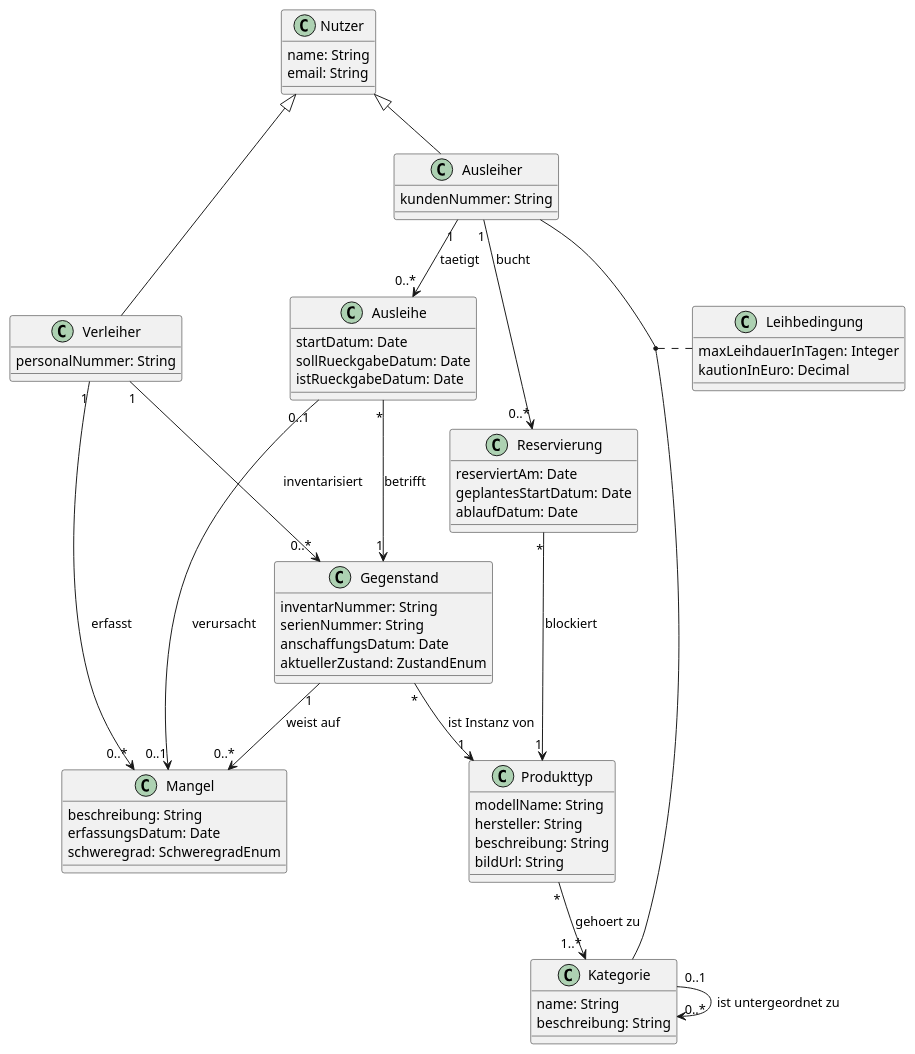
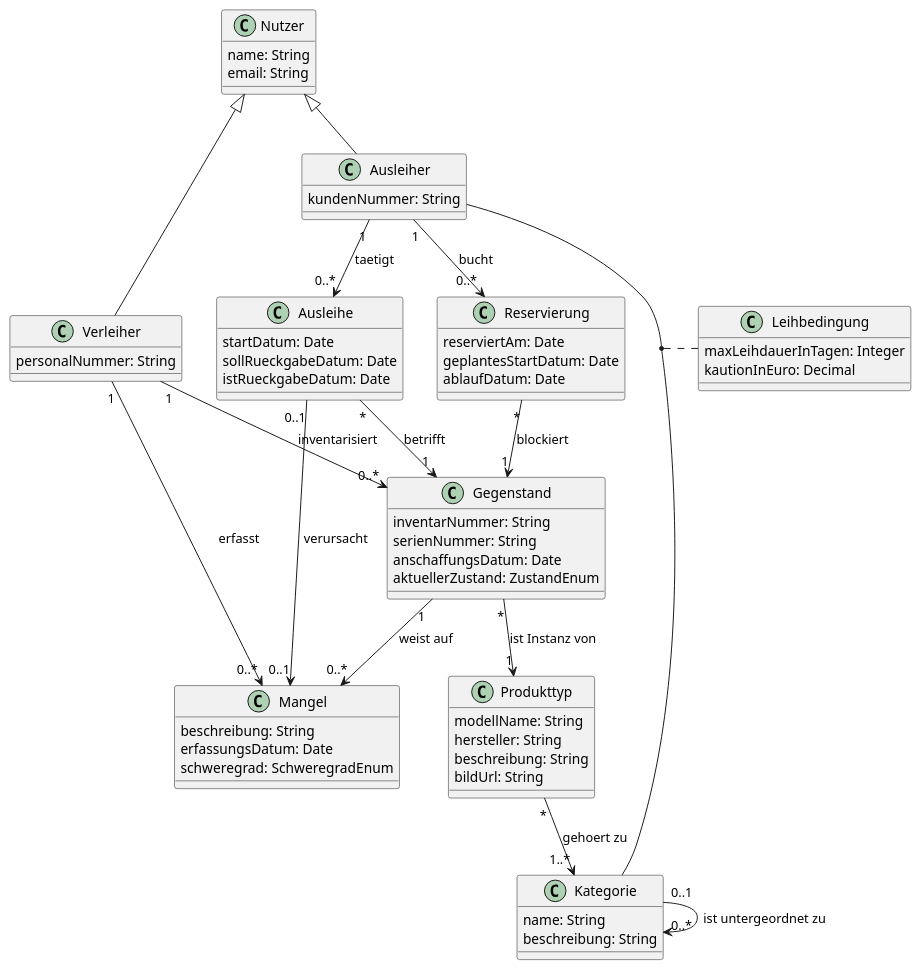
Before and after one commit to GWMDS/LeihListe: the diagram in docs/product/domain_glossary.adoc, drawn with PlantUML. The commit also changed other lines of this file, not shown here.

```diff
--- a/docs/product/domain_glossary.adoc
+++ b/docs/product/domain_glossary.adoc
@@ -151,7 +151,7 @@
 Ausleihe "*" --> "1" Gegenstand : betrifft
 
 Ausleiher "1" --> "0..*" Reservierung : bucht
-Reservierung "*" --> "1" Produkttyp : blockiert
+Reservierung "*" --> "1" Gegenstand : blockiert
 
 Gegenstand "*" --> "1" Produkttyp : ist Instanz von
 Produkttyp "*" --> "1..*" Kategorie : gehoert zu
```
